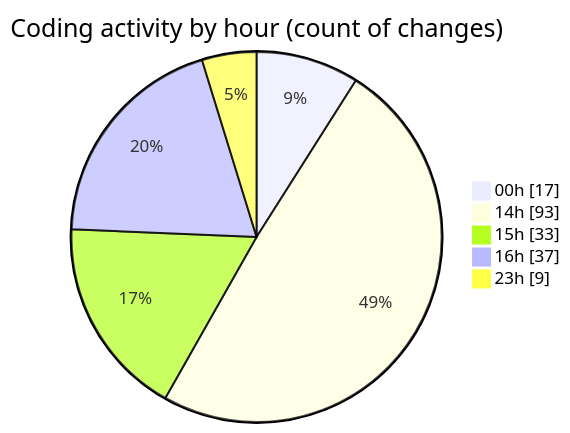
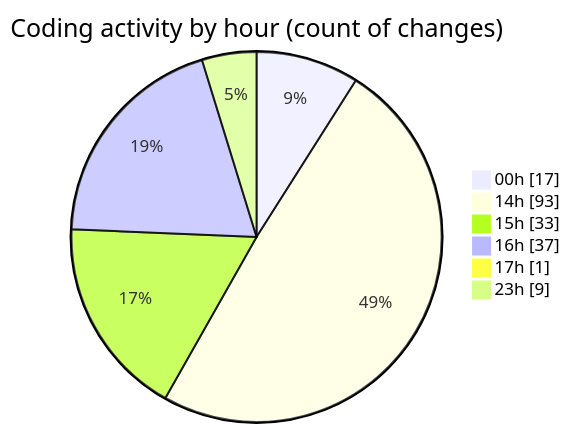
The second of 2 diagrams in 2025-07-20/mern-workoutboard/README.md (Ritupan-Deka/code-tracking), drawn with Mermaid before and after one commit. The commit also changed other lines of this file and 1 other file, not shown here.

````diff
--- a/2025-07-20/mern-workoutboard/README.md
+++ b/2025-07-20/mern-workoutboard/README.md
@@ -36,9 +38,10 @@
 ```mermaid
 pie showData
 title Coding activity by hour (count of changes)
 "00h" : 17
 "14h" : 93
 "15h" : 33
 "16h" : 37
+"17h" : 1
 "23h" : 9
 ```
````
